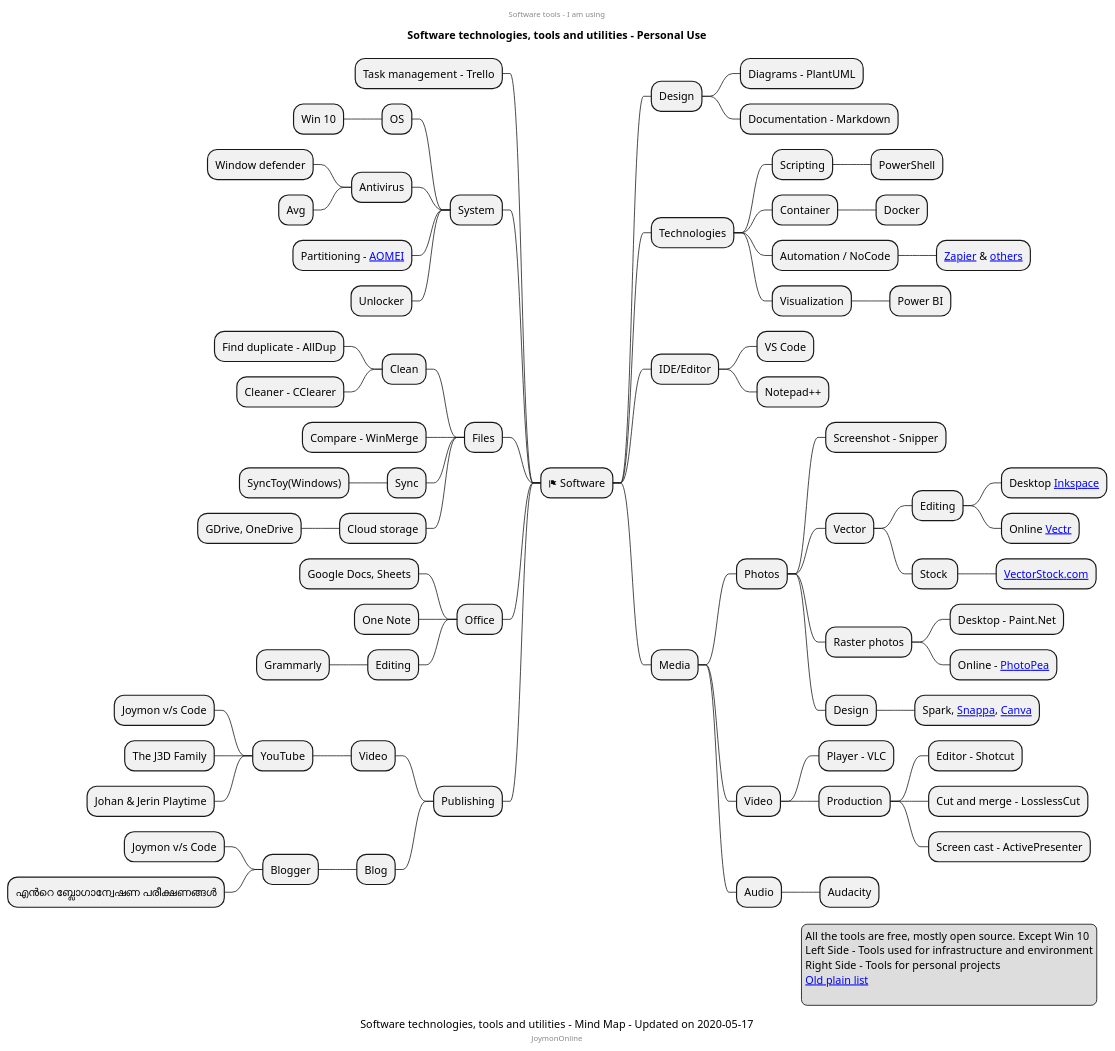
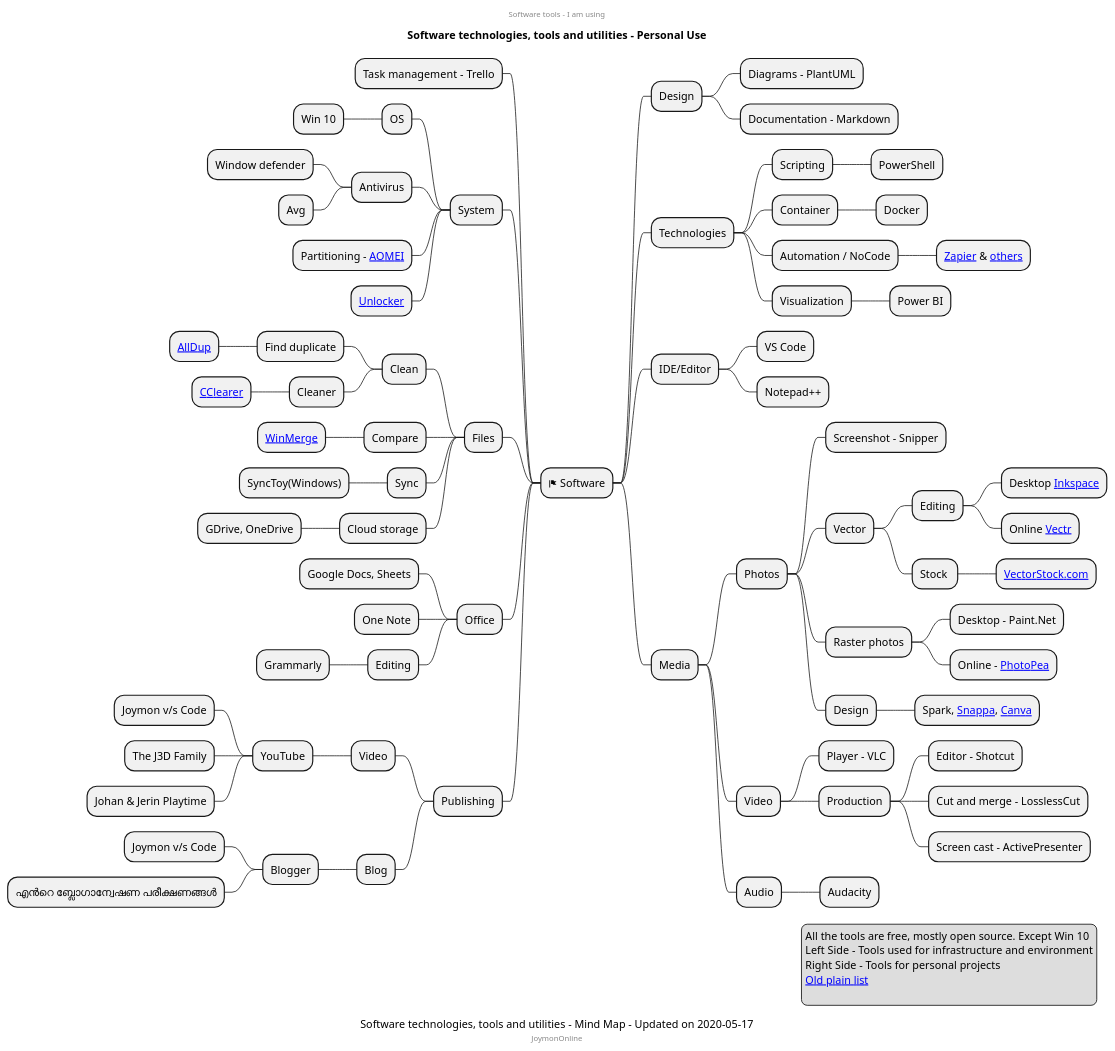
The diagram in software-tools/personal-tools.puml (mind-maps/software), drawn with PlantUML before and after one commit.

Commit message:
Added links

```diff
--- a/software-tools/personal-tools.puml
+++ b/software-tools/personal-tools.puml
@@ -1,91 +1,95 @@
 @startmindmap
 center header
 Software tools - I am using
 endheader
 title Software technologies, tools and utilities - Personal Use
 caption Software technologies, tools and utilities - Mind Map - Updated on 2020-05-17
 center footer JoymonOnline
 * <&flag> Software
 ** Design
 *** Diagrams - PlantUML
 *** Documentation - Markdown
 ** Technologies
 *** Scripting
 **** PowerShell
 *** Container
 **** Docker
 *** Automation / NoCode
 **** [[https://zapier.com/home Zapier]] & [[https://gist.github.com/joymon/89aeb18bef588895426b46a54e2ba970 others]]
 *** Visualization
 **** Power BI
 ** IDE/Editor
 *** VS Code
 *** Notepad++
 
 ** Media
 *** Photos
 **** Screenshot - Snipper
 **** Vector
 ***** Editing
 ****** Desktop [[https://inkscape.org/ Inkspace]]
 ****** Online [[https://vectr.com/ Vectr]]
 ***** Stock 
 ****** [[https://www.vectorstock.com/ VectorStock.com]]
 **** Raster photos
 ***** Desktop - Paint.Net
 ***** Online - [[https://www.photopea.com/ PhotoPea]]
 **** Design
 ***** Spark, [[https://snappa.com/ Snappa]], [[https://www.canva.com/ Canva]]
 *** Video
 **** Player - VLC
 **** Production
 ***** Editor - Shotcut
 ***** Cut and merge - LosslessCut
 ***** Screen cast - ActivePresenter
 *** Audio
 **** Audacity
 
 left side
+
 ** Task management - Trello
 ** System
 *** OS
 **** Win 10
 *** Antivirus
 **** Window defender
 **** Avg
 *** Partitioning - [[https://www.diskpart.com/free-partition-manager.html AOMEI]]
-*** Unlocker
+*** [[http://www.emptyloop.com/unlocker/ Unlocker]]
 ** Files
 *** Clean
-**** Find duplicate - AllDup
-**** Cleaner - CClearer
-*** Compare - WinMerge
+**** Find duplicate
+***** [[http://www.alldup.info/en_download_alldup.php AllDup]]
+**** Cleaner
+***** [[https://www.ccleaner.com/ CClearer]]
+*** Compare
+**** [[https://winmerge.org/?lang=en WinMerge]]
 *** Sync
 **** SyncToy(Windows)
 *** Cloud storage
 **** GDrive, OneDrive
 ** Office
 *** Google Docs, Sheets
 *** One Note
 *** Editing
 **** Grammarly
 ** Publishing
 *** Video
 **** YouTube
 ***** Joymon v/s Code
 ***** The J3D Family
 ***** Johan & Jerin Playtime
 *** Blog
 **** Blogger
 ***** Joymon v/s Code
 ***** എന്‍റെ ബ്ലോഗാന്വേഷണ പരീക്ഷണങ്ങള്‍
 
 legend right
 All the tools are free, mostly open source. Except Win 10
 Left Side - Tools used for infrastructure and environment
 Right Side - Tools for personal projects
 [[https://joymonscode.blogspot.com/2017/05/toolbox-for-open-source-developers.html Old plain list]]
   
 endlegend
 
 @endmindmap
```
